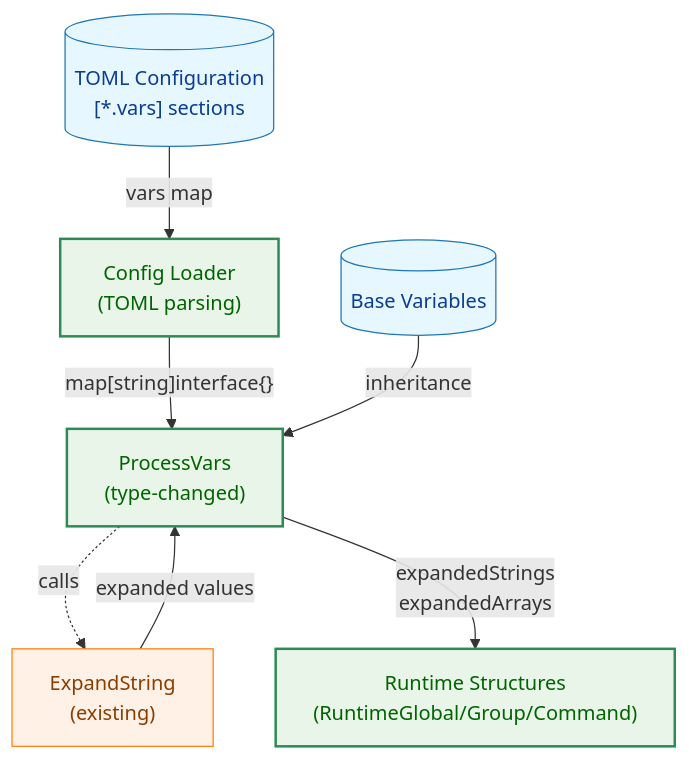
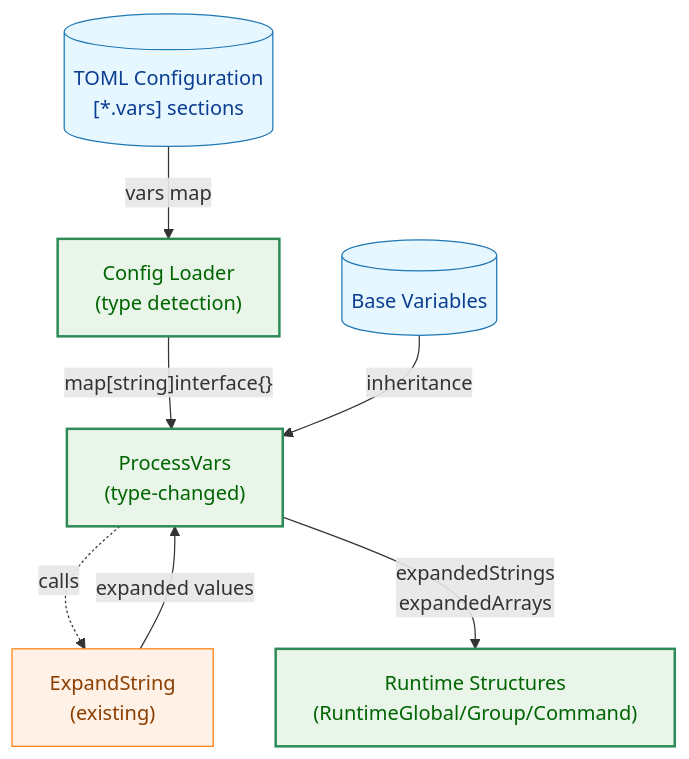
The first of 9 diagrams in docs/tasks/0063_vars_table_format/02_architecture.md (isseis/go-safe-cmd-runner), drawn with Mermaid before and after one commit. The commit also changed other lines of this file and 1 other file, not shown here.

First line of the commit message:
Use validated vars for ProcessVars and clarify expansion docs/tests

````diff
--- a/docs/tasks/0063_vars_table_format/02_architecture.md
+++ b/docs/tasks/0063_vars_table_format/02_architecture.md
@@ -24,18 +24,18 @@
 ```mermaid
 flowchart TD
     classDef data fill:#e6f7ff,stroke:#1f77b4,stroke-width:1px,color:#0b3d91;
     classDef process fill:#fff1e6,stroke:#ff7f0e,stroke-width:1px,color:#8a3e00;
     classDef enhanced fill:#e8f5e8,stroke:#2e8b57,stroke-width:2px,color:#006400;
 
-    A[("TOML Configuration<br>[*.vars] sections")] -->|"vars map"| B["Config Loader<br>(TOML parsing)"]
+    A[("TOML Configuration<br>[*.vars] sections")] -->|"vars map"| B["Config Loader<br>(type detection)"]
     B -->|"map[string]interface{}"| C["ProcessVars<br>(type-changed)"]
     C -.->|"calls"| D["ExpandString<br>(existing)"]
     D -->|"expanded values"| C
     C -->|"expandedStrings<br>expandedArrays"| E["Runtime Structures<br>(RuntimeGlobal/Group/Command)"]
 
     F[("Base Variables")] -->|"inheritance"| C
 
     class A,F data;
     class D process;
     class B,C,E enhanced;
 ```
````
